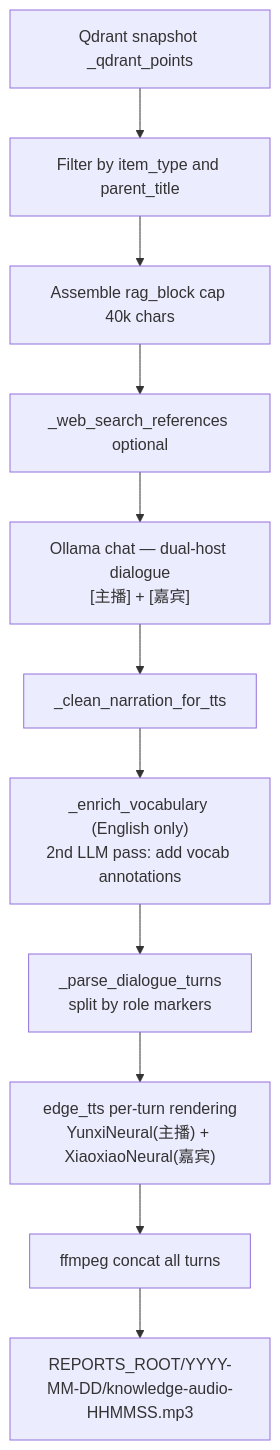
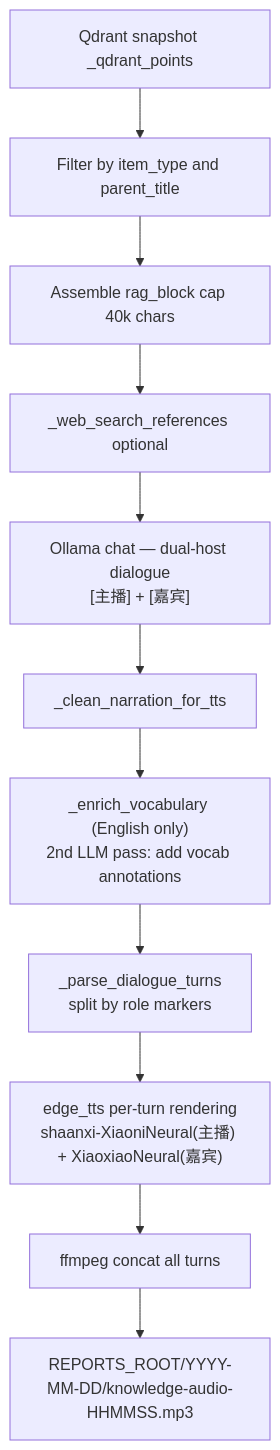
The first of 2 diagrams in docs/implementation/personal/audio-knowledge-impl.md (medavisyin/jarvis-yin), drawn with Mermaid before and after one commit. The commit also changed other lines of this file and 18 other files, not shown here.

````diff
--- a/docs/implementation/personal/audio-knowledge-impl.md
+++ b/docs/implementation/personal/audio-knowledge-impl.md
@@ -23,13 +23,13 @@
 ```mermaid
 flowchart TD
   Q[Qdrant snapshot _qdrant_points] --> Sel[Filter by item_type and parent_title]
   Sel --> RAG[Assemble rag_block cap 40k chars]
   RAG --> Web[_web_search_references optional]
   Web --> LLM["Ollama chat — dual-host dialogue<br/>[主播] + [嘉宾]"]
   LLM --> Clean[_clean_narration_for_tts]
   Clean --> Enrich["_enrich_vocabulary (English only)<br/>2nd LLM pass: add vocab annotations"]
   Enrich --> Parse["_parse_dialogue_turns<br/>split by role markers"]
-  Parse --> TTS["edge_tts per-turn rendering<br/>YunxiNeural(主播) + XiaoxiaoNeural(嘉宾)"]
+  Parse --> TTS["edge_tts per-turn rendering<br/>shaanxi-XiaoniNeural(主播) + XiaoxiaoNeural(嘉宾)"]
   TTS --> Concat[ffmpeg concat all turns]
   Concat --> MP3[REPORTS_ROOT/YYYY-MM-DD/knowledge-audio-HHMMSS.mp3]
 ```
````
